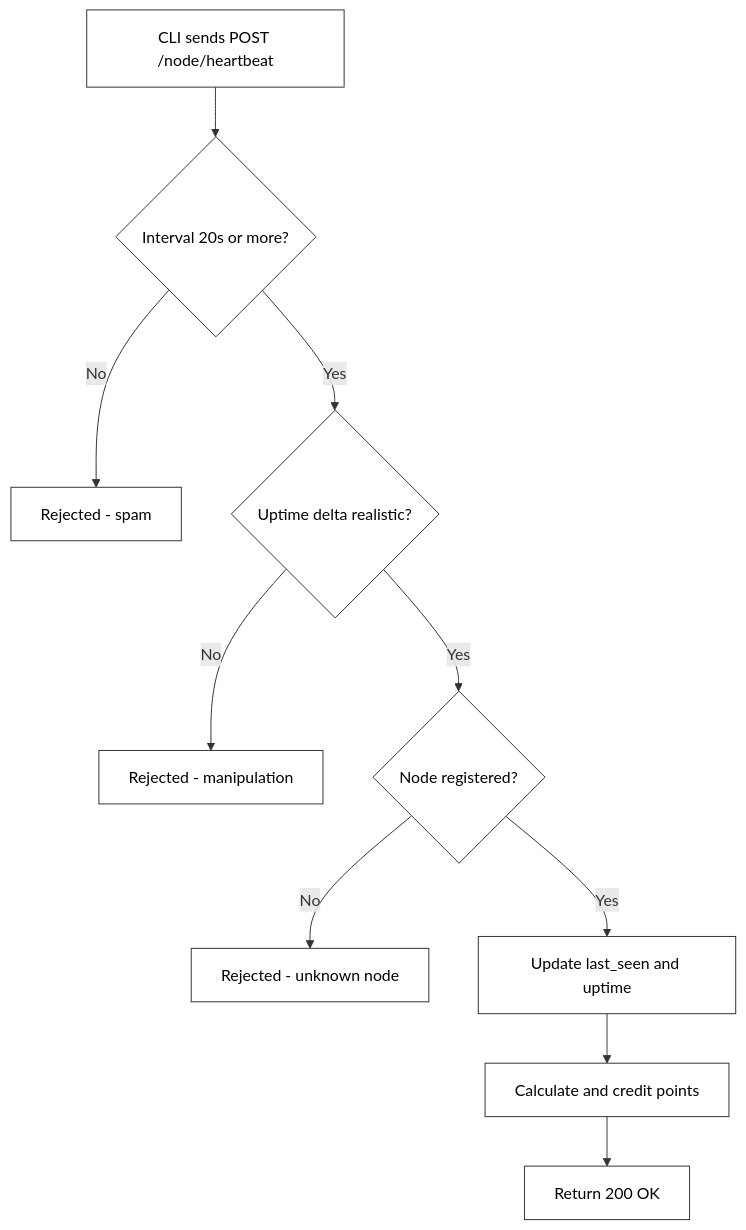
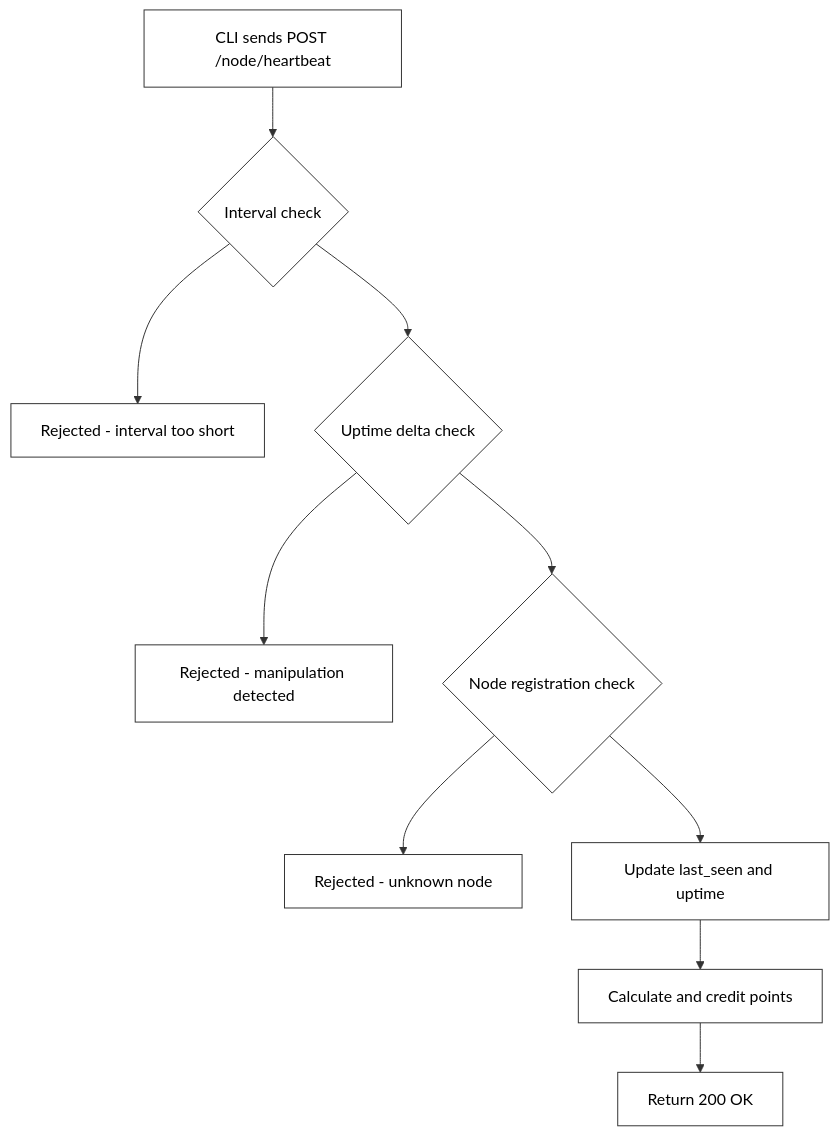
The first of 4 diagrams in node-behavior.md (Nexora-Node/Docs), drawn with Mermaid before and after one commit. The commit also changed other lines of this file and 5 other files, not shown here.

````diff
--- a/node-behavior.md
+++ b/node-behavior.md
@@ -7,23 +7,23 @@
 ```mermaid
 flowchart TD
-    A[CLI sends POST /node/heartbeat] --> B{Interval 20s or more?}
-    B -->|No| C[Rejected - spam]
-    B -->|Yes| D{Uptime delta realistic?}
-    D -->|No| E[Rejected - manipulation]
-    D -->|Yes| F{Node registered?}
-    F -->|No| G[Rejected - unknown node]
-    F -->|Yes| H[Update last_seen and uptime]
+    A[CLI sends POST /node/heartbeat] --> B{Interval check}
+    B --> C[Rejected - interval too short]
+    B --> D{Uptime delta check}
+    D --> E[Rejected - manipulation detected]
+    D --> F{Node registration check}
+    F --> G[Rejected - unknown node]
+    F --> H[Update last_seen and uptime]
     H --> I[Calculate and credit points]
     I --> J[Return 200 OK]
 
     style A fill:#fff,stroke:#333,color:#000
     style B fill:#fff,stroke:#333,color:#000
     style C fill:#fff,stroke:#333,color:#000
     style D fill:#fff,stroke:#333,color:#000
     style E fill:#fff,stroke:#333,color:#000
     style F fill:#fff,stroke:#333,color:#000
     style G fill:#fff,stroke:#333,color:#000
     style H fill:#fff,stroke:#333,color:#000
     style I fill:#fff,stroke:#333,color:#000
     style J fill:#fff,stroke:#333,color:#000
 ```
````
